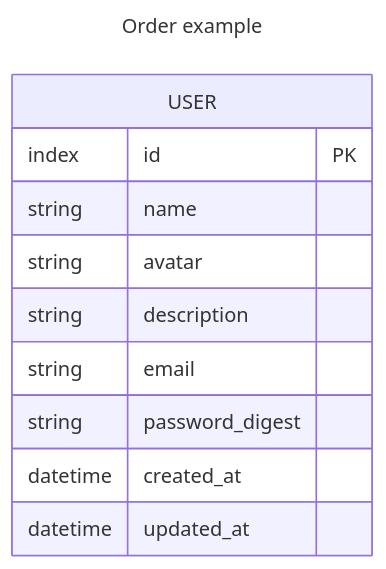
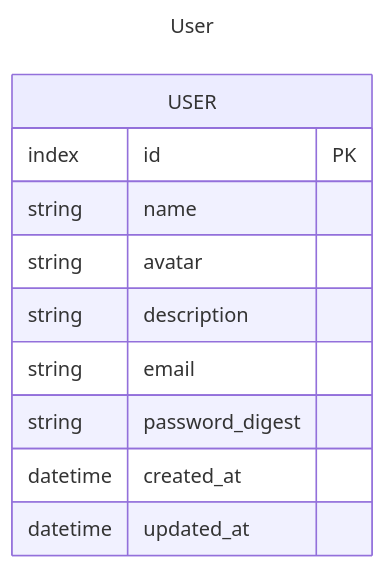
One commit to TakuyaTaniguchi/NestJS-Svelte changed the diagram in doc/er.md. Above: the diagram before and after it, drawn with Mermaid.

Commit message:
Update title in ER diagram

````diff
--- a/doc/er.md
+++ b/doc/er.md
@@ -1,17 +1,17 @@
 ```mermaid
 ---
-title: Order example
+title: User
 ---
 erDiagram
     USER {
         index id PK
         string name
         string avatar
         string description
         string email
         string password_digest
         datetime created_at
         datetime updated_at
     }
 
 ```
````
